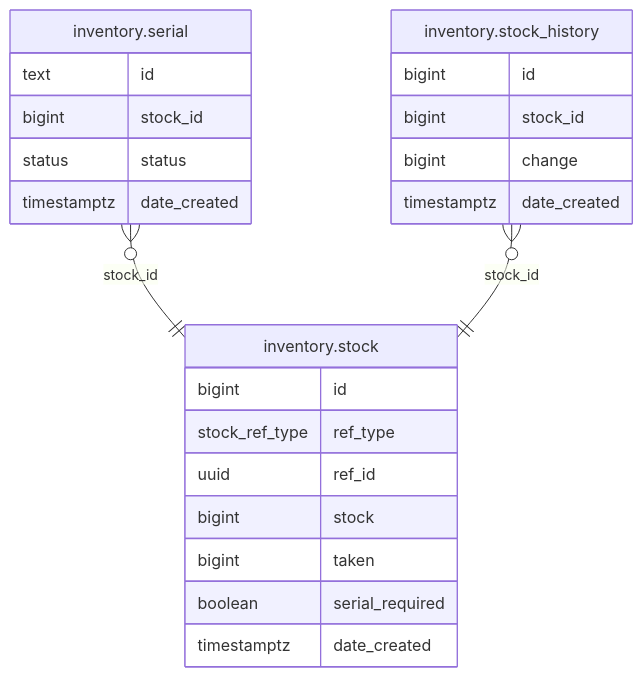
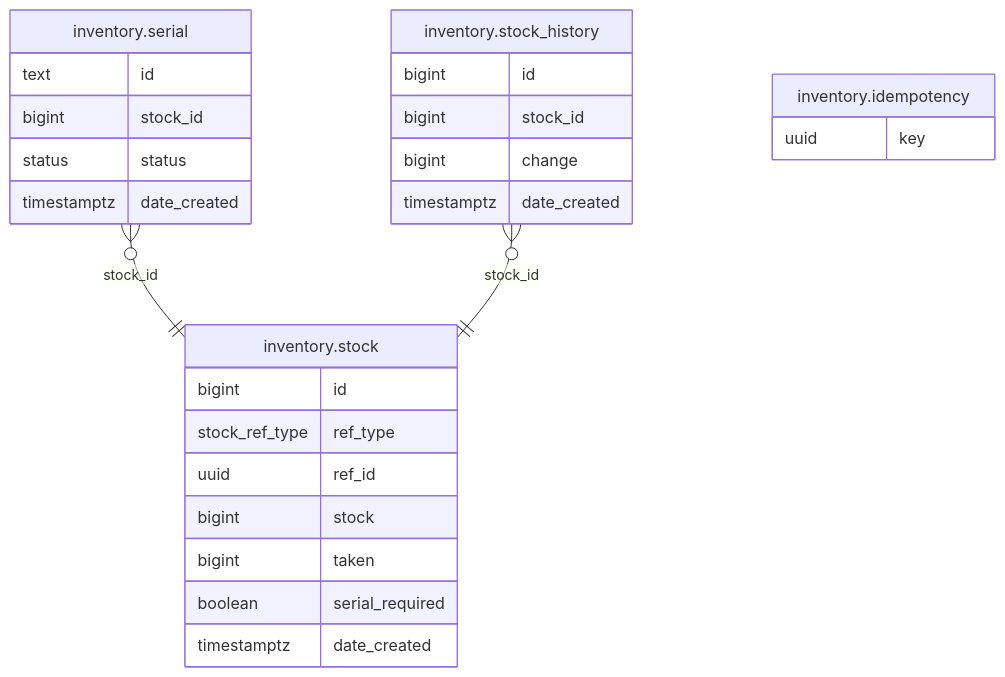
The diagram in internal/module/inventory/README.md (shopnexus/shopnexus-server), drawn with Mermaid before and after one commit. The commit also changed other lines of this file and 9 other files, not shown here.

Commit message:
extract conventions to assets/ and refresh module ER diagrams

````diff
--- a/internal/module/inventory/README.md
+++ b/internal/module/inventory/README.md
@@ -10,27 +8,30 @@
 ```mermaid
 erDiagram
 "inventory.serial" }o--|| "inventory.stock" : "stock_id"
 "inventory.stock_history" }o--|| "inventory.stock" : "stock_id"
 
+"inventory.idempotency" {
+  uuid key
+}
 "inventory.serial" {
   text id
   bigint stock_id
   status status
   timestamptz date_created
 }
 "inventory.stock" {
   bigint id
   stock_ref_type ref_type
   uuid ref_id
   bigint stock
   bigint taken
   boolean serial_required
   timestamptz date_created
 }
 "inventory.stock_history" {
   bigint id
   bigint stock_id
   bigint change
   timestamptz date_created
 }
 ```
````
